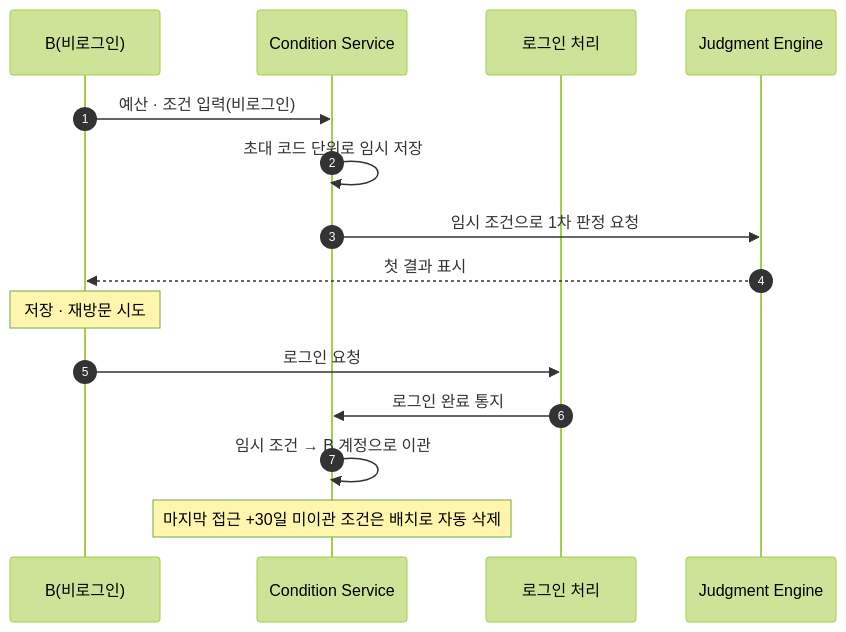
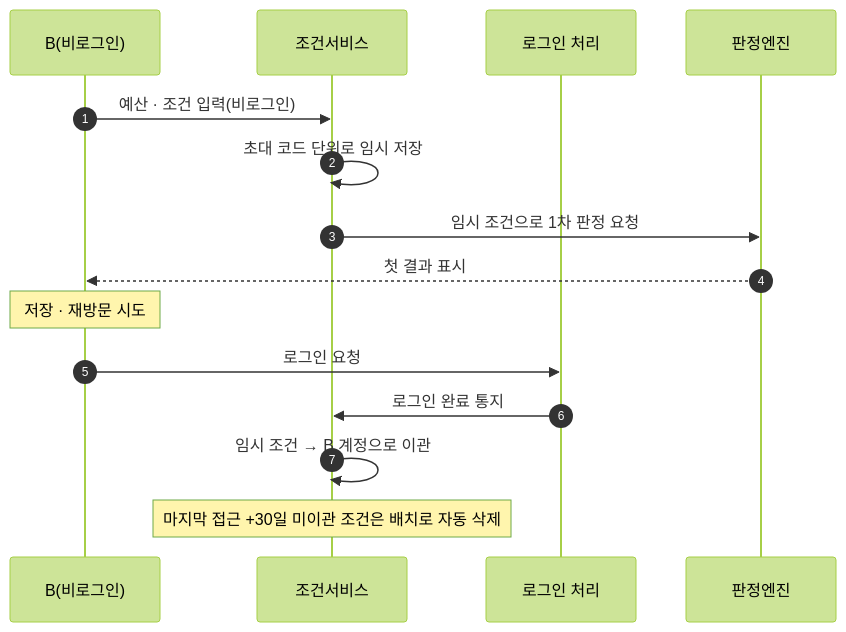
Before and after one commit to soobworks/SRS_project: diagram 18 of 23 in SRS_project/같이보기-technical-design-v1_0.md, drawn with Mermaid (forest theme). The commit also changed other lines of this file, not shown here.

First line of the commit message:
Translate class/sequence diagram identifiers in TDD §4-5 to Korean

````diff
--- a/SRS_project/같이보기-technical-design-v1_0.md
+++ b/SRS_project/같이보기-technical-design-v1_0.md
@@ -773,18 +773,18 @@
 ```mermaid
 sequenceDiagram
     autonumber
     participant B as B(비로그인)
-    participant CS as Condition Service
+    participant CS as 조건서비스
     participant Auth as 로그인 처리
-    participant JE as Judgment Engine
+    participant JE as 판정엔진
 
     B->>CS: 예산 · 조건 입력(비로그인)
     CS->>CS: 초대 코드 단위로 임시 저장
     CS->>JE: 임시 조건으로 1차 판정 요청
     JE-->>B: 첫 결과 표시
     Note over B: 저장 · 재방문 시도
     B->>Auth: 로그인 요청
     Auth->>CS: 로그인 완료 통지
     CS->>CS: 임시 조건 → B 계정으로 이관
     Note over CS: 마지막 접근 +30일 미이관 조건은 배치로 자동 삭제
 ```
````
